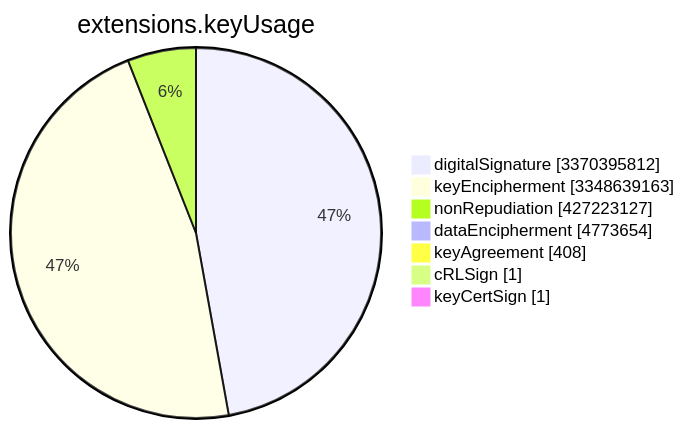
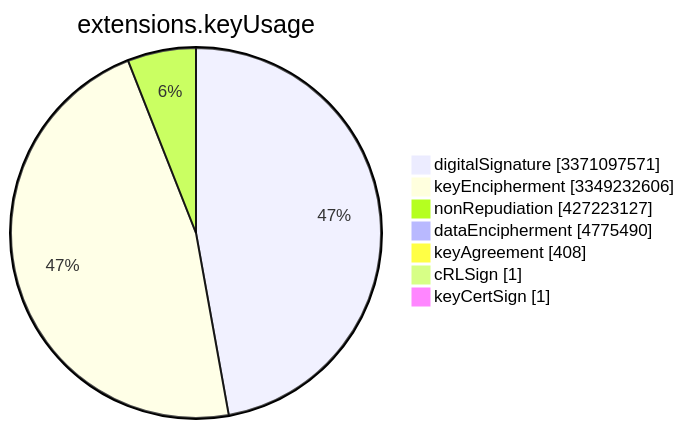
The sixth of 15 diagrams in TOTAL/README.md (christiankrug/ctmonitor_visualization), drawn with Mermaid before and after one commit. The commit also changed other lines of this file, not shown here.

````diff
--- a/TOTAL/README.md
+++ b/TOTAL/README.md
@@ -3079,11 +3079,11 @@
 ```mermaid
 pie showData
 title extensions.keyUsage
-"digitalSignature" :3370395812
-"keyEncipherment" :3348639163
+"digitalSignature" :3371097571
+"keyEncipherment" :3349232606
 "nonRepudiation" :427223127
-"dataEncipherment" :4773654
+"dataEncipherment" :4775490
 "keyAgreement" :408
 "cRLSign" :1
 "keyCertSign" :1
 ```
````
